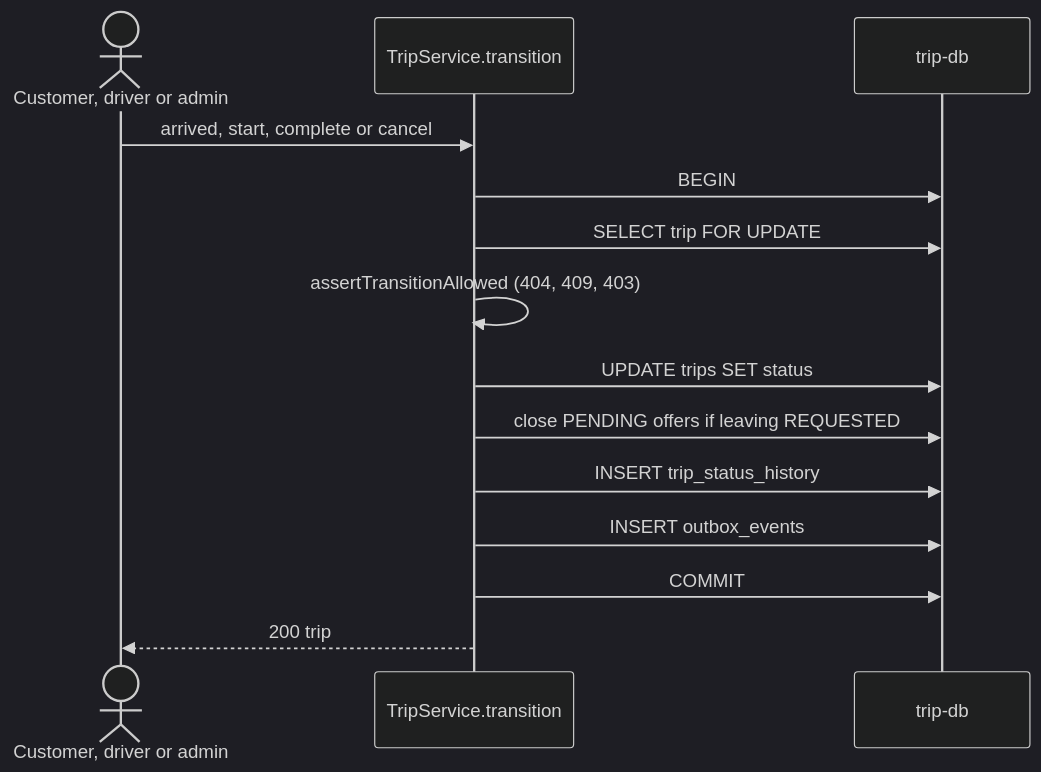
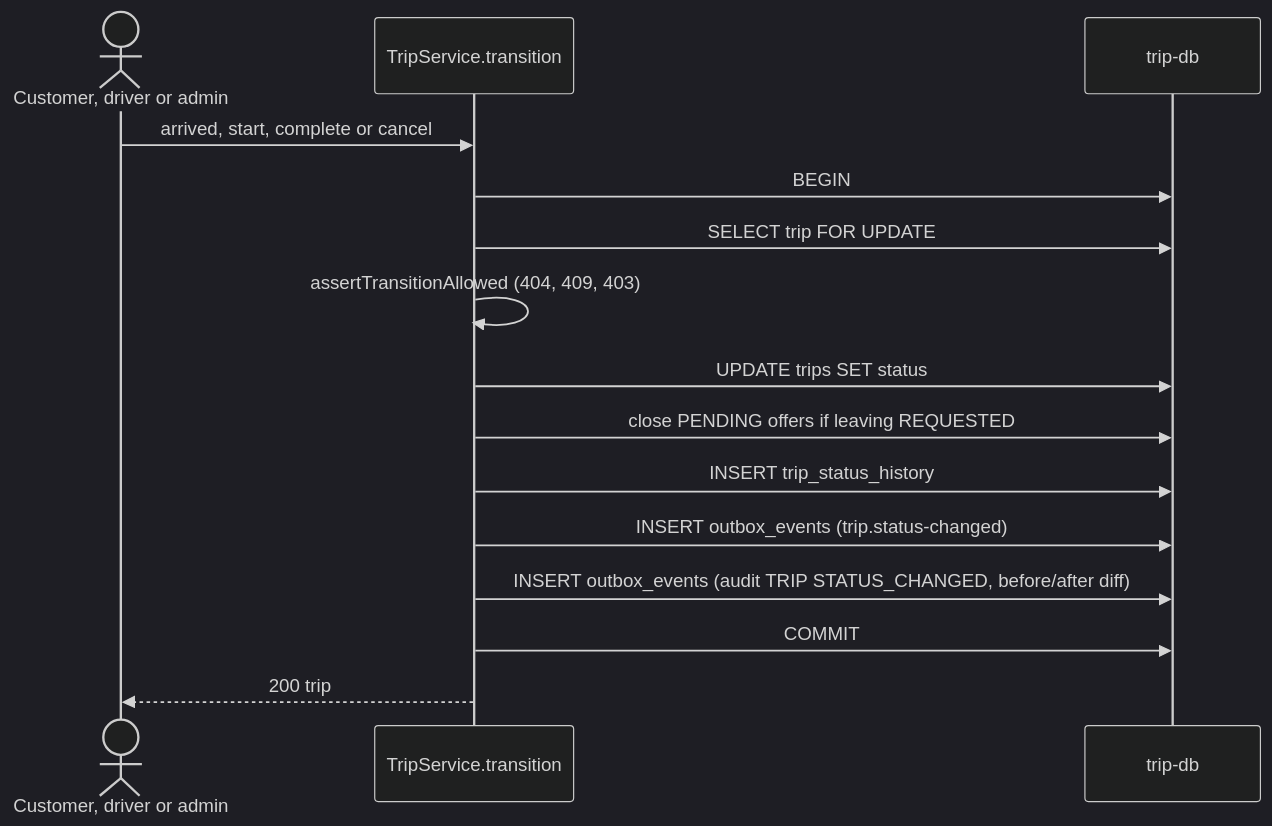
One commit to Mohammed-Taysser/masr3 changed the seventh of 9 diagrams in docs/services/trip-service.md. Above: the diagram before and after it, drawn with Mermaid (dark theme). The commit also changed other lines of this file and 114 other files, not shown here.

````diff
--- a/docs/services/trip-service.md
+++ b/docs/services/trip-service.md
@@ -195,16 +201,17 @@
 ```mermaid
 sequenceDiagram
   actor U as Customer, driver or admin
   participant S as TripService.transition
   participant DB as trip-db
   U->>S: arrived, start, complete or cancel
   S->>DB: BEGIN
   S->>DB: SELECT trip FOR UPDATE
   S->>S: assertTransitionAllowed (404, 409, 403)
   S->>DB: UPDATE trips SET status
   S->>DB: close PENDING offers if leaving REQUESTED
   S->>DB: INSERT trip_status_history
-  S->>DB: INSERT outbox_events
+  S->>DB: INSERT outbox_events (trip.status-changed)
+  S->>DB: INSERT outbox_events (audit TRIP STATUS_CHANGED, before/after diff)
   S->>DB: COMMIT
   S-->>U: 200 trip
 ```
````
